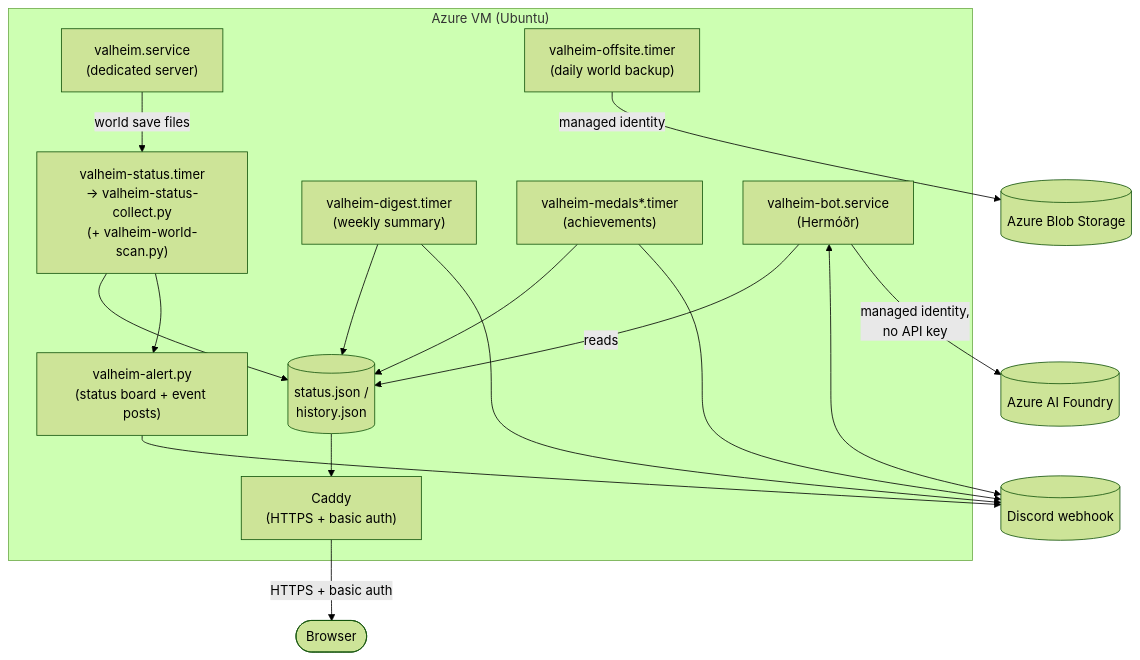
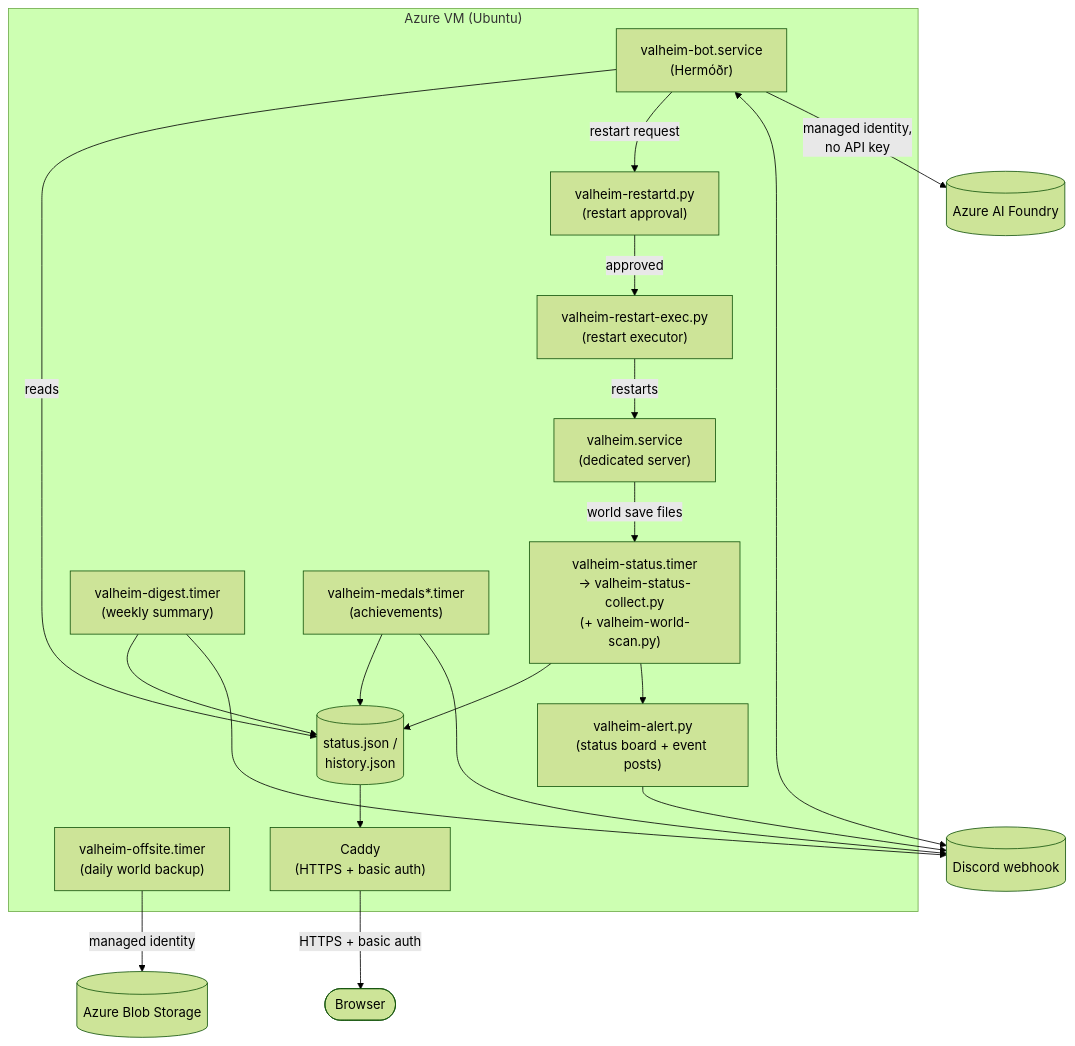
Before and after one commit to kkrzyston/valheim-azure-server: the diagram in README.md, drawn with Mermaid (forest theme). The commit also changed other lines of this file and 17 other files, not shown here.

First line of the commit message:
Add Discord restart approval, a secret-scan guard, and contributor docs

````diff
--- a/README.md
+++ b/README.md
@@ -74,30 +77,35 @@
 ```mermaid
 flowchart TD
     subgraph VM["Azure VM (Ubuntu)"]
         Game["valheim.service<br/>(dedicated server)"]
         Collector["valheim-status.timer<br/>-&gt; valheim-status-collect.py<br/>(+ valheim-world-scan.py)"]
         Alert["valheim-alert.py<br/>(status board + event posts)"]
         Digest["valheim-digest.timer<br/>(weekly summary)"]
         Medals["valheim-medals*.timer<br/>(achievements)"]
         Offsite["valheim-offsite.timer<br/>(daily world backup)"]
         Bot["valheim-bot.service<br/>(Hermóðr)"]
+        Restartd["valheim-restartd.py<br/>(restart approval)"]
+        RestartExec["valheim-restart-exec.py<br/>(restart executor)"]
         Caddy["Caddy<br/>(HTTPS + basic auth)"]
         StatusJSON[("status.json /<br/>history.json")]
     end
 
     Game -- "world save files" --> Collector
     Collector --> StatusJSON
     Collector --> Alert
     StatusJSON --> Caddy
     Digest --> StatusJSON
     Medals --> StatusJSON
     Bot -- "reads" --> StatusJSON
+    Bot -- "restart request" --> Restartd
+    Restartd -- "approved" --> RestartExec
+    RestartExec -- "restarts" --> Game
 
     Caddy -- "HTTPS + basic auth" --> Browser(["Browser"])
     Alert --> Discord[("Discord webhook")]
     Digest --> Discord
     Medals --> Discord
     Bot <--> Discord
     Bot -- "managed identity,<br/>no API key" --> AzureAI[("Azure AI Foundry")]
     Offsite -- "managed identity" --> Blob[("Azure Blob Storage")]
 ```
````
